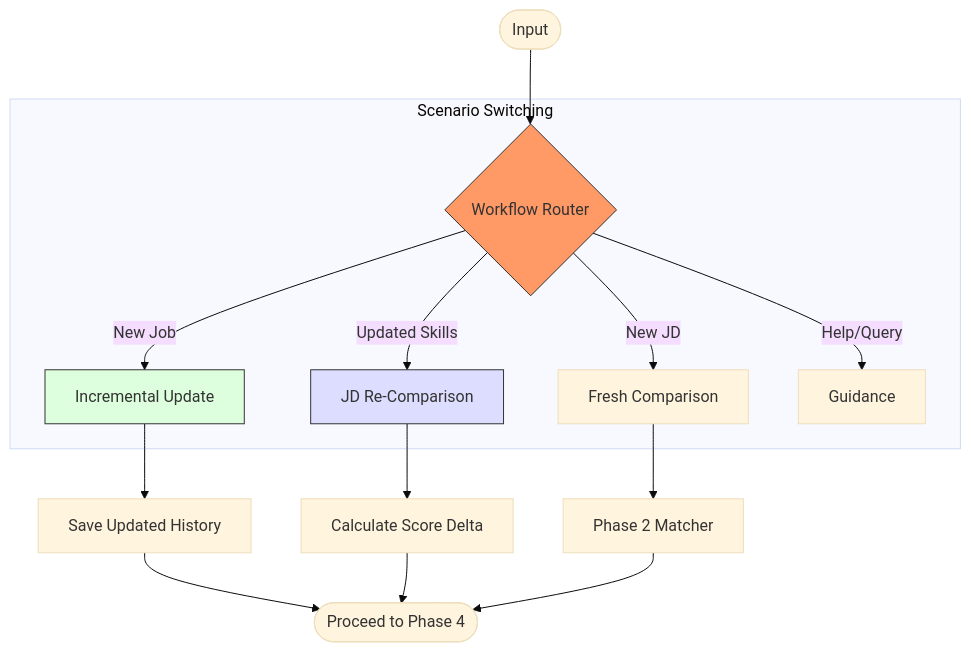
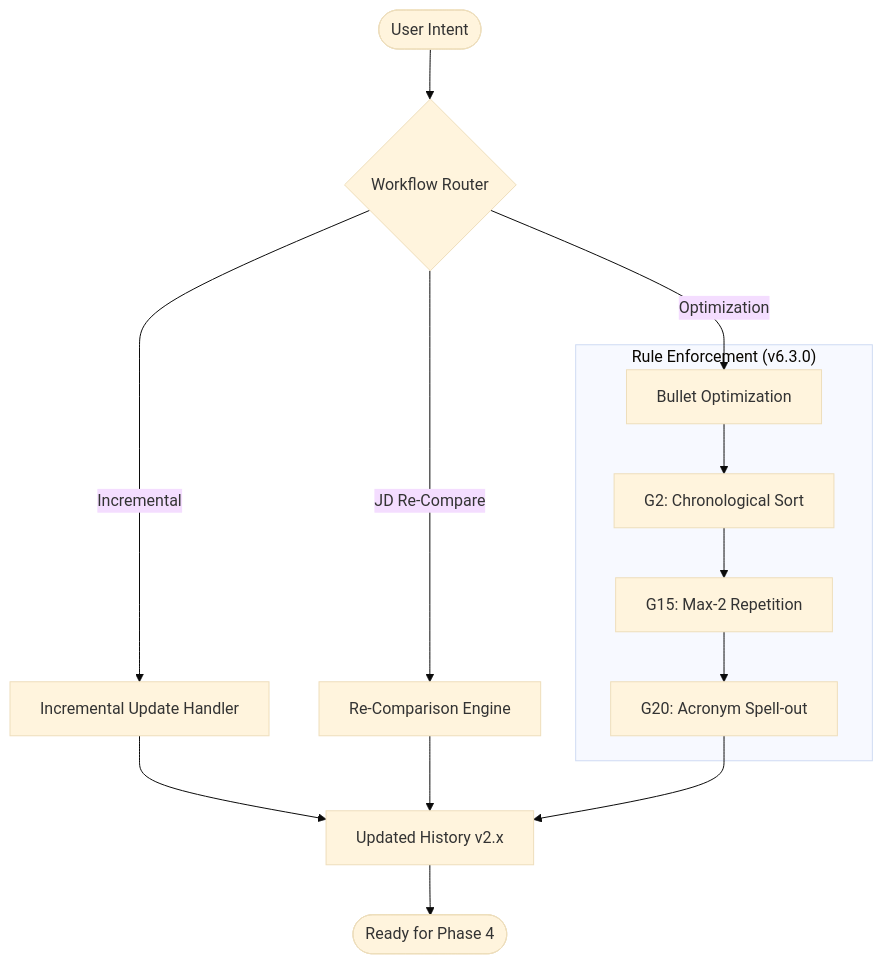
One commit to technomensch/optimize-my-resume changed the diagram in wireframes/phase-3-router-workflows-mermaid.md. Above: the diagram before and after it, drawn with Mermaid (base theme). The commit also changed other lines of this file and 26 other files, not shown here.

Commit message:
docs: synchronize architectural wireframes with v6.3.x guardrails and establish testing protocols

````diff
--- a/wireframes/phase-3-router-workflows-mermaid.md
+++ b/wireframes/phase-3-router-workflows-mermaid.md
@@ -14,23 +14,20 @@
 ```mermaid
 graph TD
-    Input([Input]) --> Router{Workflow Router}
+    In([User Intent]) --> Router{Workflow Router}
     
-    subgraph "Scenario Switching"
-    Router -->|New Job| Incr[Incremental Update]
-    Router -->|Updated Skills| ReC[JD Re-Comparison]
-    Router -->|New JD| Fresh[Fresh Comparison]
-    Router -->|Help/Query| Help[Guidance]
+    Router -->|Incremental| Update[Incremental Update Handler]
+    Router -->|JD Re-Compare| ReMatch[Re-Comparison Engine]
+    Router -->|Optimization| Opt[Bullet Optimization]
+    
+    subgraph "Rule Enforcement (v6.3.0)"
+    Opt --> R1[G2: Chronological Sort]
+    R1 --> R2[G15: Max-2 Repetition]
+    R2 --> R3[G20: Acronym Spell-out]
     end
     
-    Incr --> Save[Save Updated History]
-    ReC --> Diff[Calculate Score Delta]
-    Fresh --> Match[Phase 2 Matcher]
+    Update --> Score[Updated History v2.x]
+    ReMatch --> Score
+    R3 --> Score
     
-    Save --> Next([Proceed to Phase 4])
-    Diff --> Next
-    Match --> Next
-    
-    style Router fill:#f96,stroke:#333
-    style Incr fill:#dfd,stroke:#333
-    style ReC fill:#ddf,stroke:#333
+    Score --> Next([Ready for Phase 4])
 ```
````
